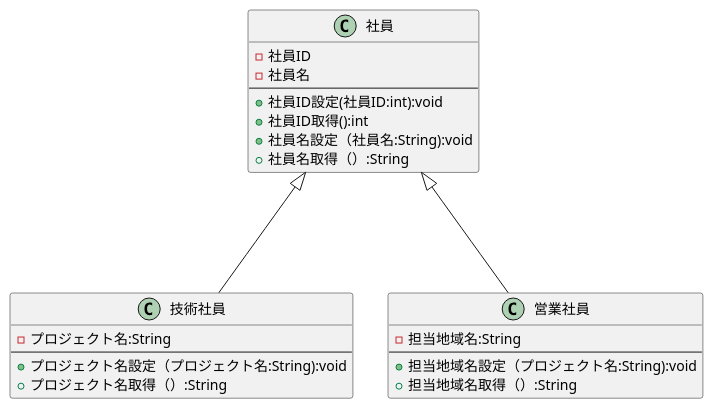
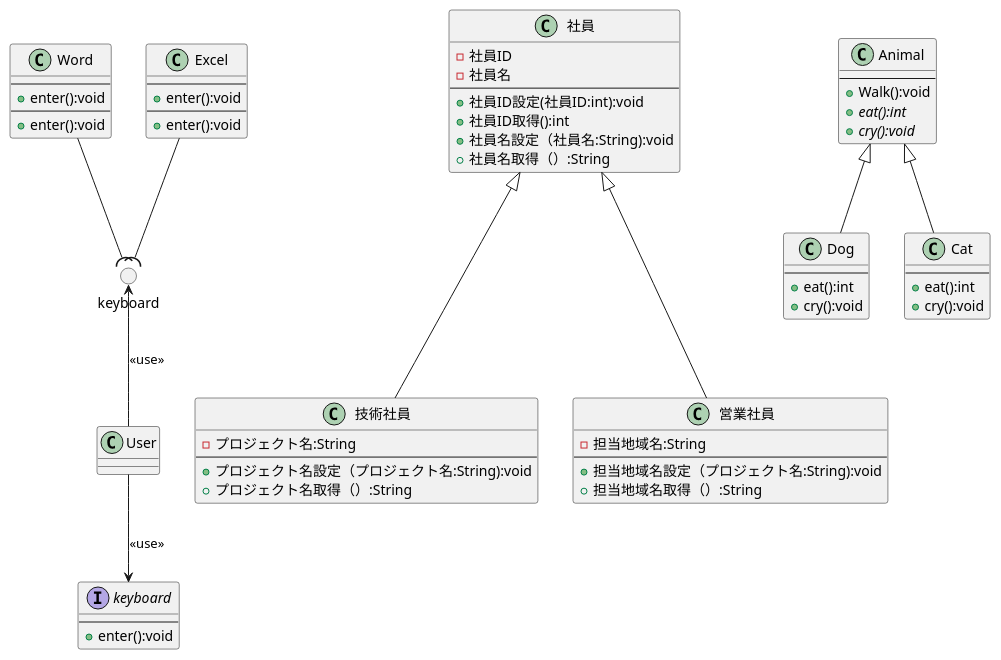
One commit to Ragamn/uml-introduction changed the diagram in 図3-3_継承・抽象・インターフェース.pu. Above: the diagram before and after it, drawn with PlantUML. The commit also changed other lines of this file and 1 other file, not shown here.

```diff
--- a/図3-3_継承・抽象・インターフェース.pu
+++ b/図3-3_継承・抽象・インターフェース.pu
@@ -1,25 +1,75 @@
 @startuml
 class 社員{
 - 社員ID
 - 社員名
 ---
 + 社員ID設定(社員ID:int):void
 + 社員ID取得():int
 + 社員名設定（社員名:String):void
 + 社員名取得（）:String
 }
 class 技術社員{
 - プロジェクト名:String
 ---
 + プロジェクト名設定（プロジェクト名:String):void
 + プロジェクト名取得（）:String
 }
 class 営業社員{
 - 担当地域名:String
 ---
 + 担当地域名設定（プロジェクト名:String):void
 + 担当地域名取得（）:String
 }
 社員<|--down- 技術社員
 社員<|--down- 営業社員
+class Animal {
+---
++ Walk():void
++ {abstract} eat():int
++ {abstract} cry():void
+}
+class Dog {
+---
++ eat():int
++ cry():void
+}
+class Cat {
+---
++ eat():int
++ cry():void
+}
+Animal <|-down- Dog
+Animal <|-down- Cat
+class Word {
+---
++ enter():void
+}
+class Excel {
+---
++ enter():void
+}
+interface keyboard {
+' <<interface>>
+---
++ enter():void
+}
+' keyboard <|.. Word
+' keyboard <|.. Excel
+class User {
+}
+keyboard <-up- User:<< use >>
+class Word {
+---
++ enter():void
+}
+class Excel {
+---
++ enter():void
+}
+circle "keyboard" as I1
+Word --( I1
+Excel --( I1
+class User {
+}
+I1 <-- User:<< use >>
 @enduml
```
